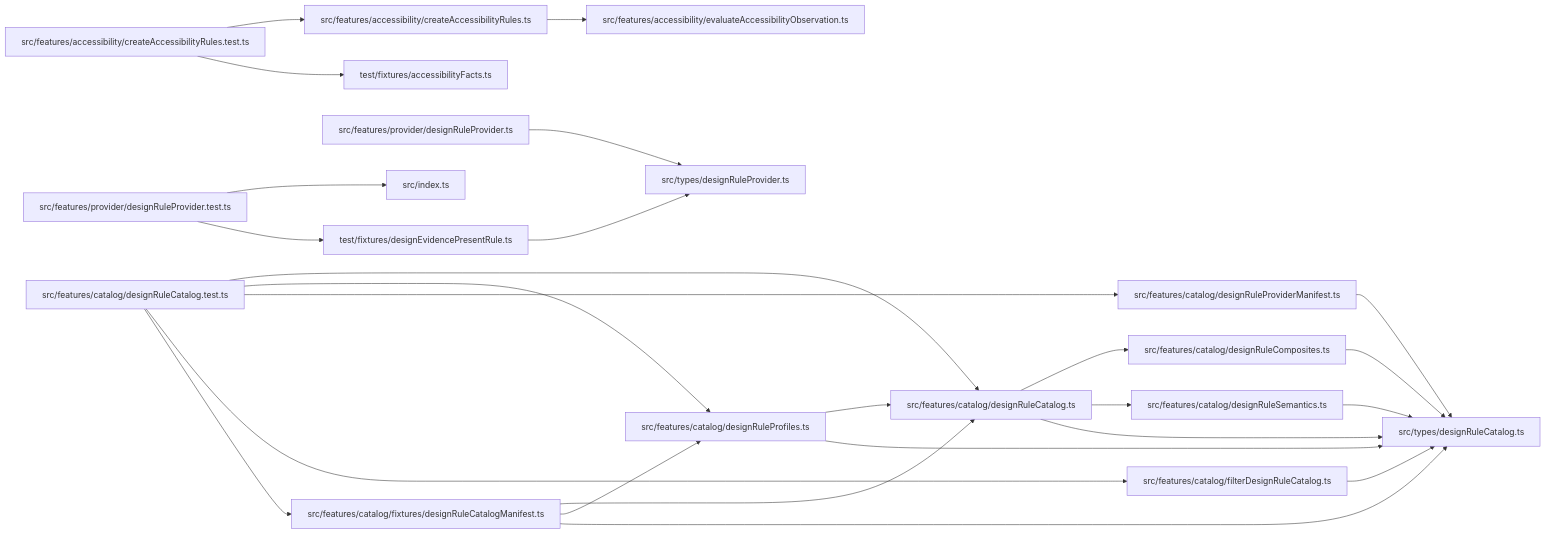
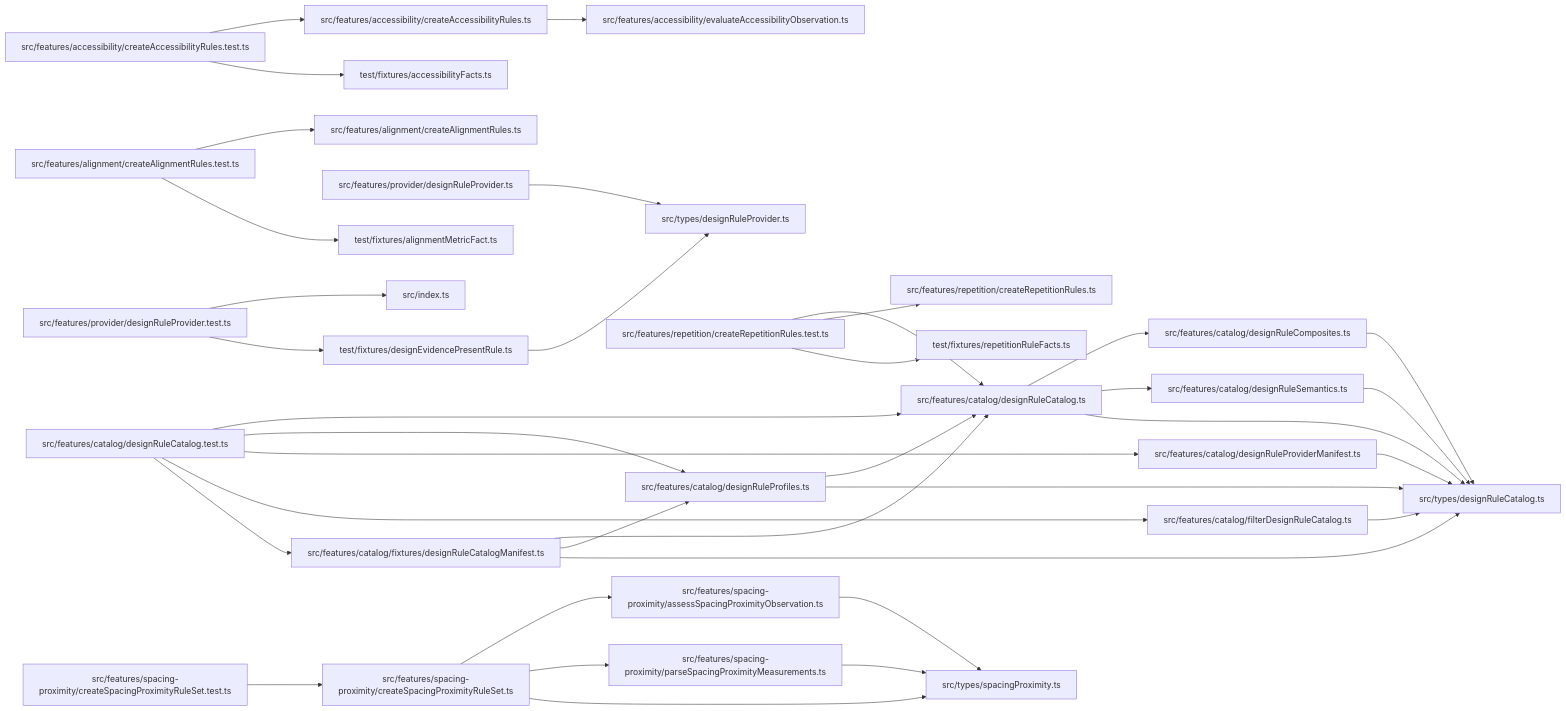
One commit to ankhorage/rules-design changed the diagram in paradox/diagrams/module-relationships.mmd. Above: the diagram before and after it, drawn with Mermaid. The commit also changed 9 other files, not shown here.

```diff
--- a/paradox/diagrams/module-relationships.mmd
+++ b/paradox/diagrams/module-relationships.mmd
@@ -1,43 +1,65 @@
 graph LR
   module_src_features_accessibility_createAccessibilityRules_test_ts["src/features/accessibility/createAccessibilityRules.test.ts"]
   module_src_features_accessibility_createAccessibilityRules_ts["src/features/accessibility/createAccessibilityRules.ts"]
   module_src_features_accessibility_evaluateAccessibilityObservation_ts["src/features/accessibility/evaluateAccessibilityObservation.ts"]
+  module_src_features_alignment_createAlignmentRules_test_ts["src/features/alignment/createAlignmentRules.test.ts"]
+  module_src_features_alignment_createAlignmentRules_ts["src/features/alignment/createAlignmentRules.ts"]
   module_src_features_catalog_designRuleCatalog_test_ts["src/features/catalog/designRuleCatalog.test.ts"]
   module_src_features_catalog_designRuleCatalog_ts["src/features/catalog/designRuleCatalog.ts"]
   module_src_features_catalog_designRuleComposites_ts["src/features/catalog/designRuleComposites.ts"]
   module_src_features_catalog_designRuleProfiles_ts["src/features/catalog/designRuleProfiles.ts"]
   module_src_features_catalog_designRuleProviderManifest_ts["src/features/catalog/designRuleProviderManifest.ts"]
   module_src_features_catalog_designRuleSemantics_ts["src/features/catalog/designRuleSemantics.ts"]
   module_src_features_catalog_filterDesignRuleCatalog_ts["src/features/catalog/filterDesignRuleCatalog.ts"]
   module_src_features_catalog_fixtures_designRuleCatalogManifest_ts["src/features/catalog/fixtures/designRuleCatalogManifest.ts"]
   module_src_features_provider_designRuleProvider_test_ts["src/features/provider/designRuleProvider.test.ts"]
   module_src_features_provider_designRuleProvider_ts["src/features/provider/designRuleProvider.ts"]
+  module_src_features_repetition_createRepetitionRules_test_ts["src/features/repetition/createRepetitionRules.test.ts"]
+  module_src_features_repetition_createRepetitionRules_ts["src/features/repetition/createRepetitionRules.ts"]
+  module_src_features_spacing_proximity_assessSpacingProximityObservation_ts["src/features/spacing-proximity/assessSpacingProximityObservation.ts"]
+  module_src_features_spacing_proximity_createSpacingProximityRuleSet_test_ts["src/features/spacing-proximity/createSpacingProximityRuleSet.test.ts"]
+  module_src_features_spacing_proximity_createSpacingProximityRuleSet_ts["src/features/spacing-proximity/createSpacingProximityRuleSet.ts"]
+  module_src_features_spacing_proximity_parseSpacingProximityMeasurements_ts["src/features/spacing-proximity/parseSpacingProximityMeasurements.ts"]
   module_src_index_ts["src/index.ts"]
   module_src_types_designRuleCatalog_ts["src/types/designRuleCatalog.ts"]
   module_src_types_designRuleProvider_ts["src/types/designRuleProvider.ts"]
+  module_src_types_spacingProximity_ts["src/types/spacingProximity.ts"]
   module_test_fixtures_accessibilityFacts_ts["test/fixtures/accessibilityFacts.ts"]
+  module_test_fixtures_alignmentMetricFact_ts["test/fixtures/alignmentMetricFact.ts"]
   module_test_fixtures_designEvidencePresentRule_ts["test/fixtures/designEvidencePresentRule.ts"]
+  module_test_fixtures_repetitionRuleFacts_ts["test/fixtures/repetitionRuleFacts.ts"]
   module_src_features_accessibility_createAccessibilityRules_test_ts --> module_src_features_accessibility_createAccessibilityRules_ts
   module_src_features_accessibility_createAccessibilityRules_test_ts --> module_test_fixtures_accessibilityFacts_ts
   module_src_features_accessibility_createAccessibilityRules_ts --> module_src_features_accessibility_evaluateAccessibilityObservation_ts
+  module_src_features_alignment_createAlignmentRules_test_ts --> module_src_features_alignment_createAlignmentRules_ts
+  module_src_features_alignment_createAlignmentRules_test_ts --> module_test_fixtures_alignmentMetricFact_ts
   module_src_features_catalog_designRuleCatalog_test_ts --> module_src_features_catalog_designRuleCatalog_ts
   module_src_features_catalog_designRuleCatalog_test_ts --> module_src_features_catalog_designRuleProfiles_ts
   module_src_features_catalog_designRuleCatalog_test_ts --> module_src_features_catalog_designRuleProviderManifest_ts
   module_src_features_catalog_designRuleCatalog_test_ts --> module_src_features_catalog_filterDesignRuleCatalog_ts
   module_src_features_catalog_designRuleCatalog_test_ts --> module_src_features_catalog_fixtures_designRuleCatalogManifest_ts
   module_src_features_catalog_designRuleCatalog_ts --> module_src_features_catalog_designRuleComposites_ts
   module_src_features_catalog_designRuleCatalog_ts --> module_src_features_catalog_designRuleSemantics_ts
   module_src_features_catalog_designRuleCatalog_ts --> module_src_types_designRuleCatalog_ts
   module_src_features_catalog_designRuleComposites_ts --> module_src_types_designRuleCatalog_ts
   module_src_features_catalog_designRuleProfiles_ts --> module_src_features_catalog_designRuleCatalog_ts
   module_src_features_catalog_designRuleProfiles_ts --> module_src_types_designRuleCatalog_ts
   module_src_features_catalog_designRuleProviderManifest_ts --> module_src_types_designRuleCatalog_ts
   module_src_features_catalog_designRuleSemantics_ts --> module_src_types_designRuleCatalog_ts
   module_src_features_catalog_filterDesignRuleCatalog_ts --> module_src_types_designRuleCatalog_ts
   module_src_features_catalog_fixtures_designRuleCatalogManifest_ts --> module_src_features_catalog_designRuleCatalog_ts
   module_src_features_catalog_fixtures_designRuleCatalogManifest_ts --> module_src_features_catalog_designRuleProfiles_ts
   module_src_features_catalog_fixtures_designRuleCatalogManifest_ts --> module_src_types_designRuleCatalog_ts
   module_src_features_provider_designRuleProvider_test_ts --> module_src_index_ts
   module_src_features_provider_designRuleProvider_test_ts --> module_test_fixtures_designEvidencePresentRule_ts
   module_src_features_provider_designRuleProvider_ts --> module_src_types_designRuleProvider_ts
+  module_src_features_repetition_createRepetitionRules_test_ts --> module_src_features_catalog_designRuleCatalog_ts
+  module_src_features_repetition_createRepetitionRules_test_ts --> module_src_features_repetition_createRepetitionRules_ts
+  module_src_features_repetition_createRepetitionRules_test_ts --> module_test_fixtures_repetitionRuleFacts_ts
+  module_src_features_spacing_proximity_assessSpacingProximityObservation_ts --> module_src_types_spacingProximity_ts
+  module_src_features_spacing_proximity_createSpacingProximityRuleSet_test_ts --> module_src_features_spacing_proximity_createSpacingProximityRuleSet_ts
+  module_src_features_spacing_proximity_createSpacingProximityRuleSet_ts --> module_src_features_spacing_proximity_assessSpacingProximityObservation_ts
+  module_src_features_spacing_proximity_createSpacingProximityRuleSet_ts --> module_src_features_spacing_proximity_parseSpacingProximityMeasurements_ts
+  module_src_features_spacing_proximity_createSpacingProximityRuleSet_ts --> module_src_types_spacingProximity_ts
+  module_src_features_spacing_proximity_parseSpacingProximityMeasurements_ts --> module_src_types_spacingProximity_ts
   module_test_fixtures_designEvidencePresentRule_ts --> module_src_types_designRuleProvider_ts
```
